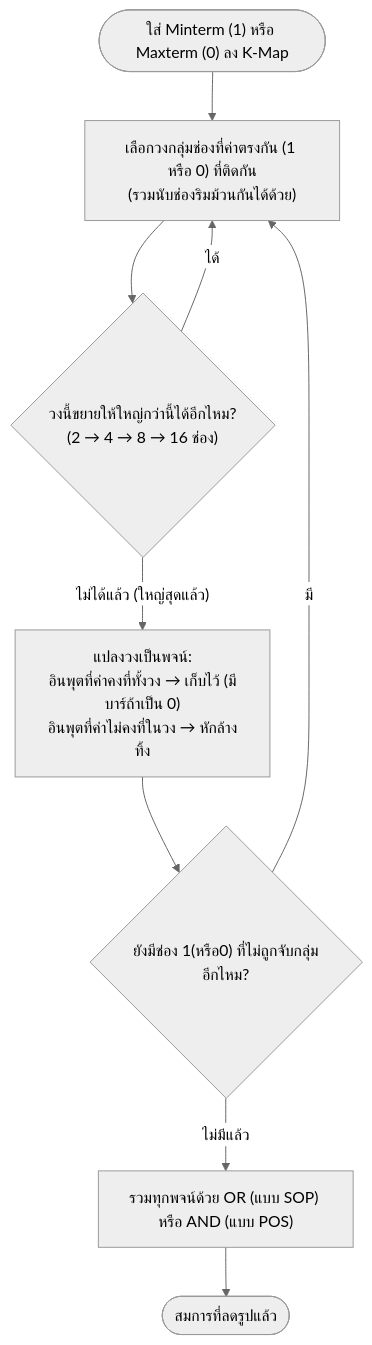
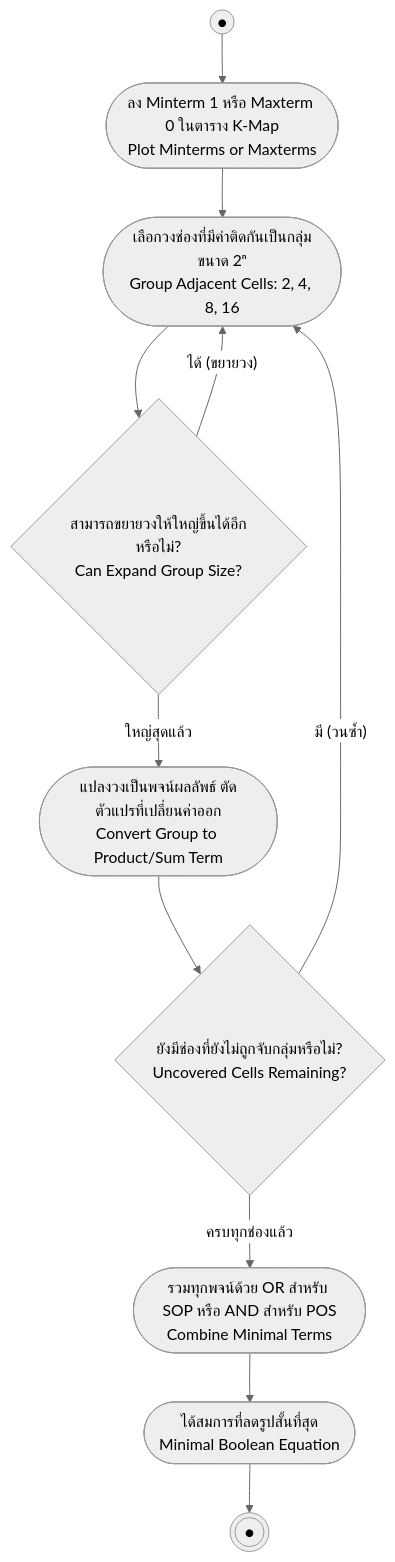
One commit to PhuriphatTyPeZ3r0/Course-1322201-Digital-Logic-Design-2026 changed the diagram in 01_Lectures/Week4/Kmap-Grouping-Rules.md. Above: the diagram before and after it, drawn with Mermaid (neutral theme). The commit also changed 18 other files, not shown here.

Commit message:
refactor: standardize diagrams to UML specifications across notes and templates

````diff
--- a/01_Lectures/Week4/Kmap-Grouping-Rules.md
+++ b/01_Lectures/Week4/Kmap-Grouping-Rules.md
@@ -63,11 +63,13 @@
 ```mermaid
 flowchart TD
-    Start(["ใส่ Minterm (1) หรือ Maxterm (0) ลง K-Map"]) --> Loop["เลือกวงกลุ่มช่องที่ค่าตรงกัน (1 หรือ 0) ที่ติดกัน\n(รวมนับช่องริมม้วนกันได้ด้วย)"]
-    Loop --> Size{"วงนี้ขยายให้ใหญ่กว่านี้ได้อีกไหม?\n(2 → 4 → 8 → 16 ช่อง)"}
-    Size -->|"ได้"| Loop
-    Size -->|"ไม่ได้แล้ว (ใหญ่สุดแล้ว)"| Convert["แปลงวงเป็นพจน์:\nอินพุตที่ค่าคงที่ทั้งวง → เก็บไว้ (มีบาร์ถ้าเป็น 0)\nอินพุตที่ค่าไม่คงที่ในวง → หักล้างทิ้ง"]
-    Convert --> More{"ยังมีช่อง 1(หรือ0) ที่ไม่ถูกจับกลุ่มอีกไหม?"}
-    More -->|"มี"| Loop
-    More -->|"ไม่มีแล้ว"| Combine["รวมทุกพจน์ด้วย OR (แบบ SOP) หรือ AND (แบบ POS)"]
-    Combine --> Done(["สมการที่ลดรูปแล้ว"])
+    Start((●)) --> Plot([ลง Minterm 1 หรือ Maxterm 0 ในตาราง K-Map<br>Plot Minterms or Maxterms])
+    Plot --> Loop([เลือกวงช่องที่มีค่าติดกันเป็นกลุ่มขนาด 2ⁿ<br>Group Adjacent Cells: 2, 4, 8, 16])
+    Loop --> Size{สามารถขยายวงให้ใหญ่ขึ้นได้อีกหรือไม่?<br>Can Expand Group Size?}
+    Size -- ได้ (ขยายวง) --> Loop
+    Size -- ใหญ่สุดแล้ว --> Convert([แปลงวงเป็นพจน์ผลลัพธ์ ตัดตัวแปรที่เปลี่ยนค่าออก<br>Convert Group to Product/Sum Term])
+    Convert --> More{ยังมีช่องที่ยังไม่ถูกจับกลุ่มหรือไม่?<br>Uncovered Cells Remaining?}
+    More -- มี (วนซ้ำ) --> Loop
+    More -- ครบทุกช่องแล้ว --> Combine([รวมทุกพจน์ด้วย OR สำหรับ SOP หรือ AND สำหรับ POS<br>Combine Minimal Terms])
+    Combine --> Done([ได้สมการที่ลดรูปสั้นที่สุด<br>Minimal Boolean Equation])
+    Done --> EndNode(((●)))
 ```
````
